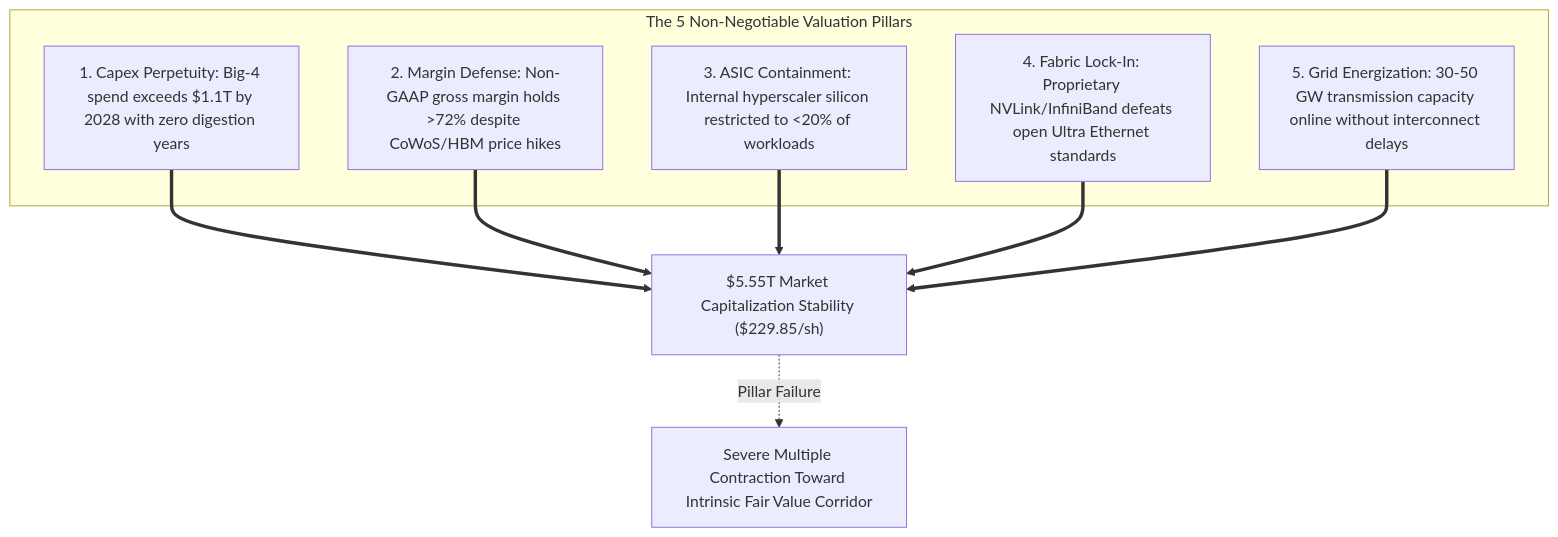
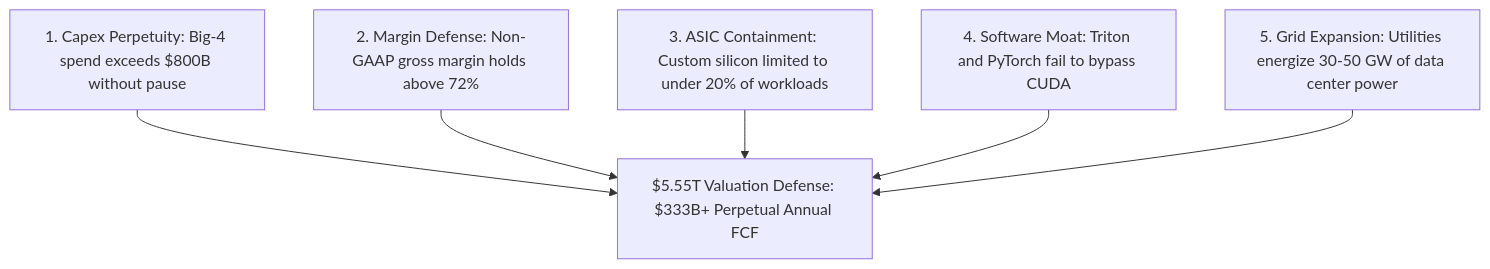
One commit to Unheat/memeTrading changed the second of 2 diagrams in web/src/content/articles/nvda-nvda-2026-09-28-002.md. Above: the diagram before and after it, drawn with Mermaid. The commit also changed other lines of this file and 6 other files, not shown here.

````diff
--- a/web/src/content/articles/nvda-nvda-2026-09-28-002.md
+++ b/web/src/content/articles/nvda-nvda-2026-09-28-002.md
@@ -242,12 +193,8 @@
 ```mermaid
 flowchart TD
-  subgraph The_Five_Non_Negotiable_Pillars["The 5 Non-Negotiable Valuation Pillars"]
-    P1["1. Capex Perpetuity: Big-4 spend exceeds $1.1T by 2028 with zero digestion years"]
-    P2["2. Margin Defense: Non-GAAP gross margin holds >72% despite CoWoS/HBM price hikes"]
-    P3["3. ASIC Containment: Internal hyperscaler silicon restricted to <20% of workloads"]
-    P4["4. Fabric Lock-In: Proprietary NVLink/InfiniBand defeats open Ultra Ethernet standards"]
-    P5["5. Grid Energization: 30-50 GW transmission capacity online without interconnect delays"]
-  end
-  P1 & P2 & P3 & P4 & P5 ==> V["$5.55T Market Capitalization Stability ($229.85/sh)"]
-  V -.->|Pillar Failure| C["Severe Multiple Contraction Toward Intrinsic Fair Value Corridor"]
+    P1["1. Capex Perpetuity: Big-4 spend exceeds $800B without pause"] --> V["$5.55T Valuation Defense: $333B+ Perpetual Annual FCF"]
+    P2["2. Margin Defense: Non-GAAP gross margin holds above 72%"] --> V
+    P3["3. ASIC Containment: Custom silicon limited to under 20% of workloads"] --> V
+    P4["4. Software Moat: Triton and PyTorch fail to bypass CUDA"] --> V
+    P5["5. Grid Expansion: Utilities energize 30-50 GW of data center power"] --> V
 ```
````
